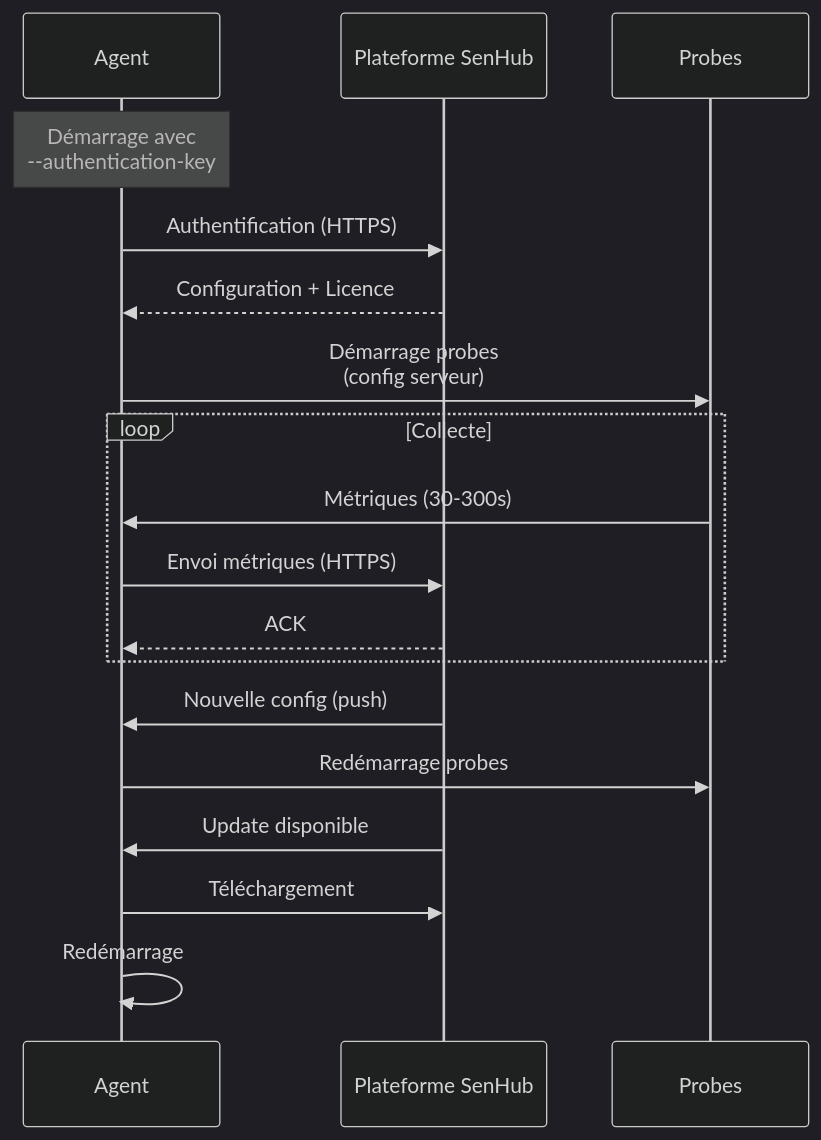
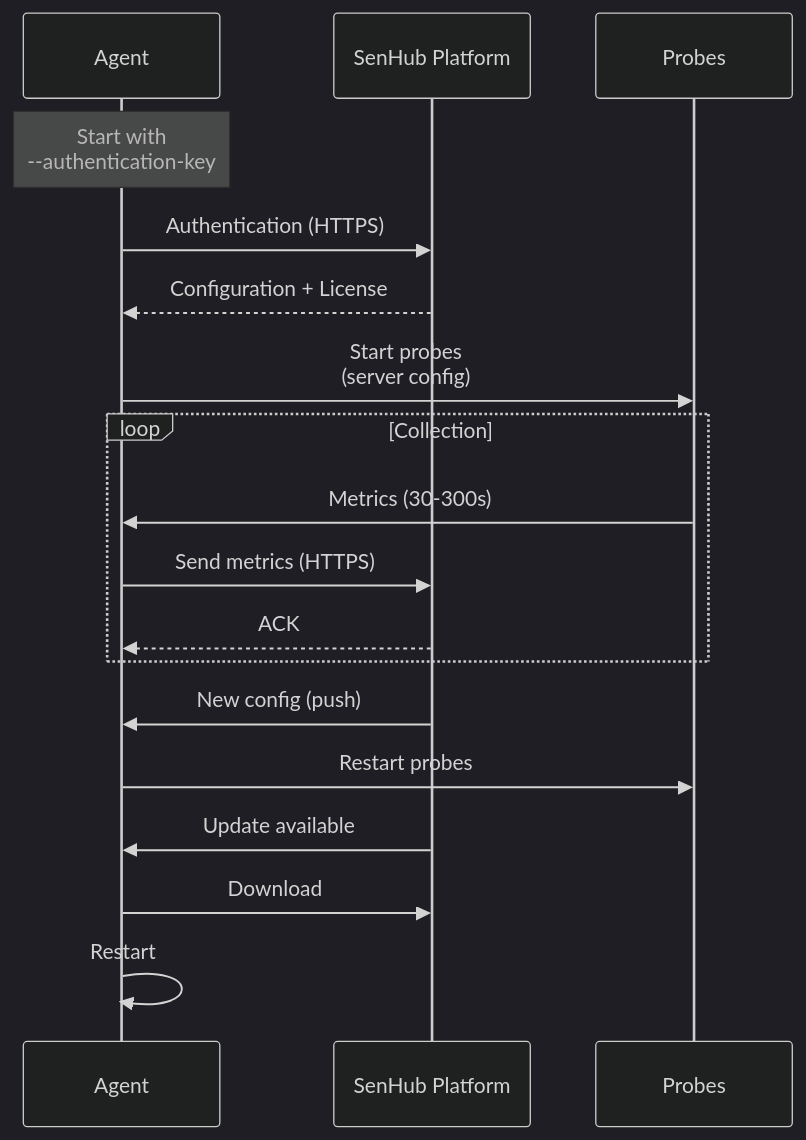
One commit to senhub-io/senhub-agent changed the second of 13 diagrams in docs/user-guide/OPERATING-MODES.md. Above: the diagram before and after it, drawn with Mermaid (dark theme). The commit also changed other lines of this file and 1 other file, not shown here.

````diff
--- a/docs/user-guide/OPERATING-MODES.md
+++ b/docs/user-guide/OPERATING-MODES.md
@@ -65,26 +65,26 @@
 ```mermaid
 sequenceDiagram
     participant A as Agent
-    participant P as Plateforme SenHub
+    participant P as SenHub Platform
     participant S as Probes
 
-    Note over A: Démarrage avec<br/>--authentication-key
+    Note over A: Start with<br/>--authentication-key
 
-    A->>P: Authentification (HTTPS)
-    P-->>A: Configuration + Licence
+    A->>P: Authentication (HTTPS)
+    P-->>A: Configuration + License
 
-    A->>S: Démarrage probes<br/>(config serveur)
+    A->>S: Start probes<br/>(server config)
 
-    loop Collecte
-        S->>A: Métriques (30-300s)
-        A->>P: Envoi métriques (HTTPS)
+    loop Collection
+        S->>A: Metrics (30-300s)
+        A->>P: Send metrics (HTTPS)
         P-->>A: ACK
     end
 
-    P->>A: Nouvelle config (push)
-    A->>S: Redémarrage probes
+    P->>A: New config (push)
+    A->>S: Restart probes
 
-    P->>A: Update disponible
-    A->>P: Téléchargement
-    A->>A: Redémarrage
+    P->>A: Update available
+    A->>P: Download
+    A->>A: Restart
 ```
````
